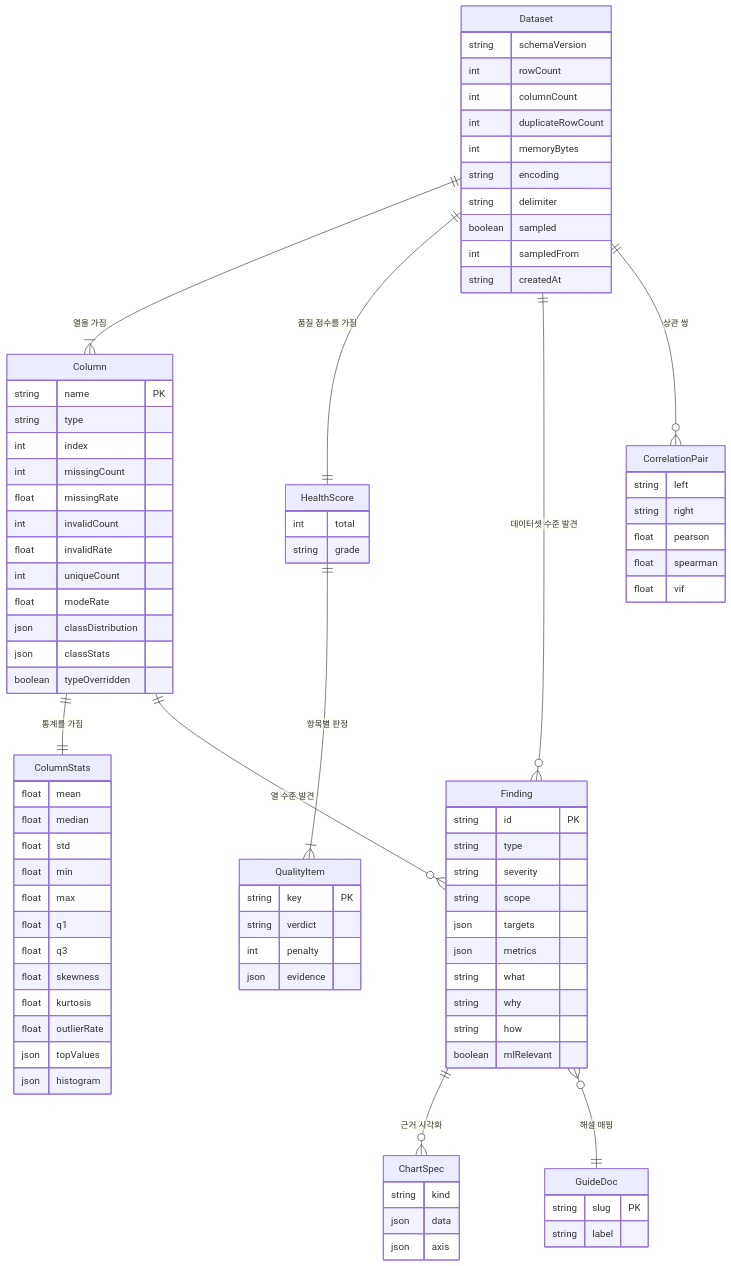
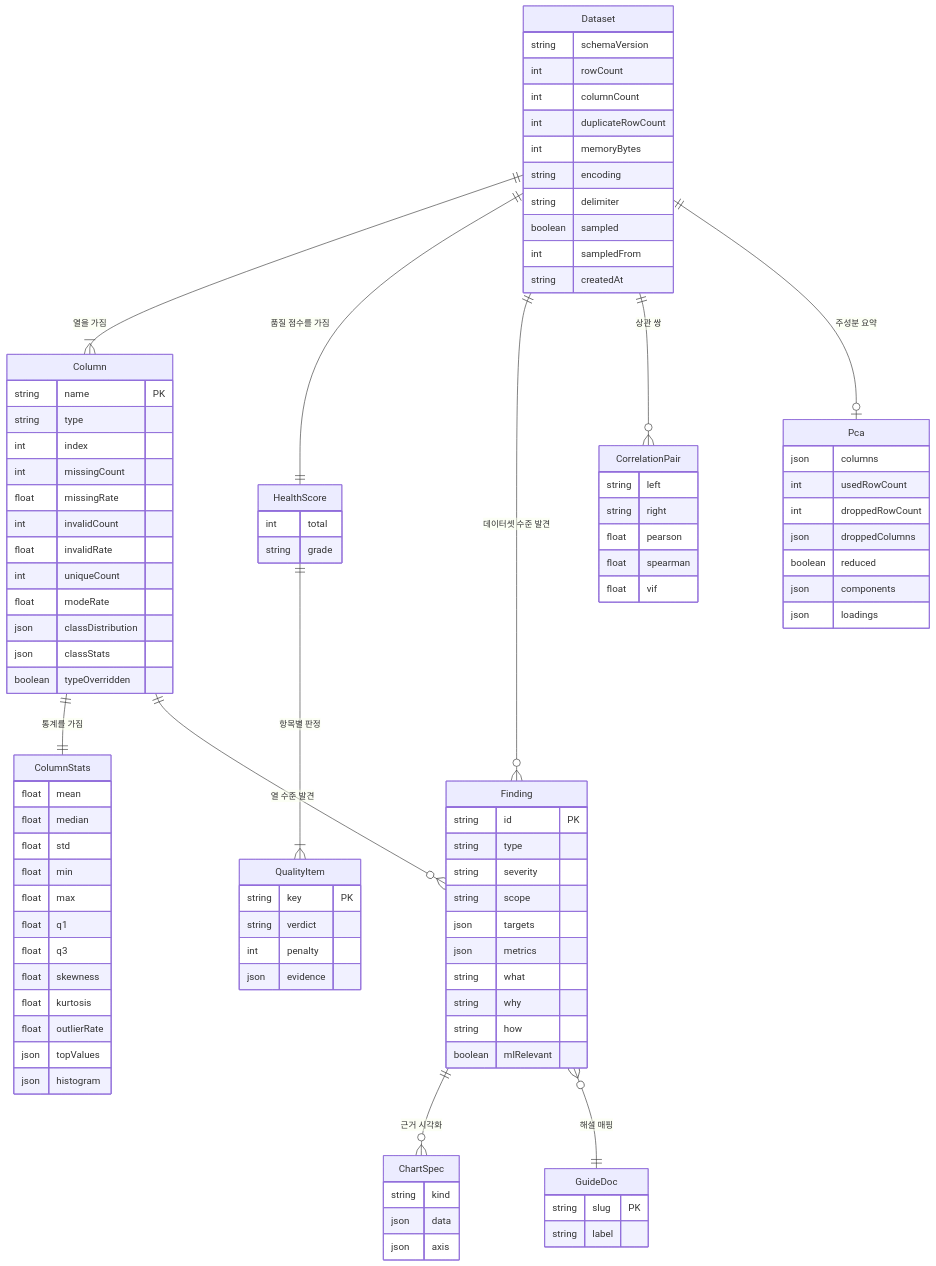
The first of 3 diagrams in docs/data-model.md (kty2001/AutoEDA), drawn with Mermaid before and after one commit. The commit also changed other lines of this file and 35 other files, not shown here.

```diff
--- a/docs/data-model.md
+++ b/docs/data-model.md
@@ -32,6 +32,7 @@
     Dataset ||--o{ Finding : "데이터셋 수준 발견"
     Column ||--o{ Finding : "열 수준 발견"
     Dataset ||--o{ CorrelationPair : "상관 쌍"
+    Dataset ||--o| Pca : "주성분 요약"
     Finding ||--o{ ChartSpec : "근거 시각화"
     Finding }o--|| GuideDoc : "해설 매핑"
 
@@ -104,6 +105,15 @@
         float spearman
         float vif
     }
+    Pca {
+        json columns
+        int usedRowCount
+        int droppedRowCount
+        json droppedColumns
+        boolean reduced
+        json components
+        json loadings
+    }
     ChartSpec {
         string kind
         json data
```
